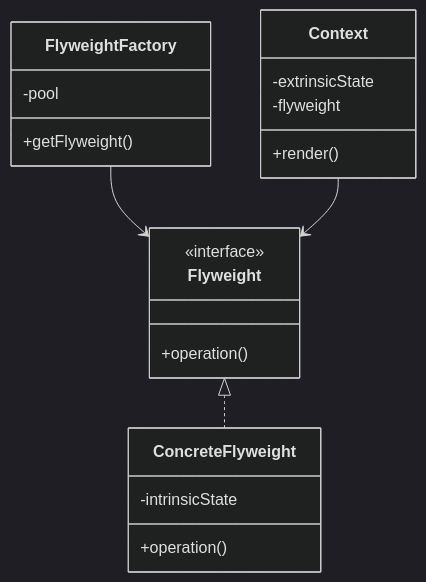
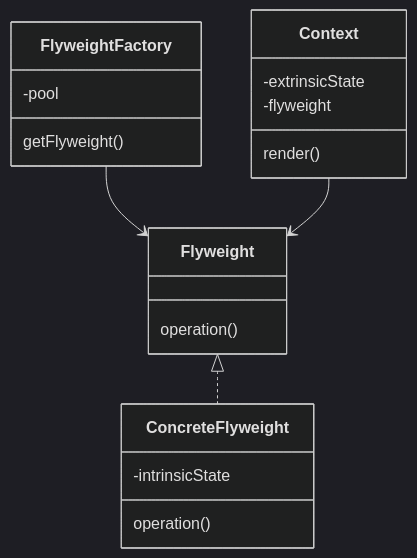
The second of 8 diagrams in src/content/lld-flyweight-design-pattern.md (gojosatoru123-ux/CacheU), drawn with Mermaid (dark theme) before and after one commit. The commit also changed 21 other files, not shown here.

````diff
--- a/src/content/lld-flyweight-design-pattern.md
+++ b/src/content/lld-flyweight-design-pattern.md
@@ -197,27 +197,27 @@
 ```mermaid
 classDiagram
-    class Flyweight {
-        <<interface>>
-        +operation()
-    }
 
-    class ConcreteFlyweight {
-        -intrinsicState
-        +operation()
-    }
+class Flyweight {
+    operation()
+}
 
-    class FlyweightFactory {
-        -pool
-        +getFlyweight()
-    }
+class ConcreteFlyweight {
+    -intrinsicState
+    operation()
+}
 
-    class Context {
-        -extrinsicState
-        -flyweight
-        +render()
-    }
+class FlyweightFactory {
+    -pool
+    getFlyweight()
+}
 
-    Flyweight <|.. ConcreteFlyweight
-    FlyweightFactory --> Flyweight
-    Context --> Flyweight
+class Context {
+    -extrinsicState
+    -flyweight
+    render()
+}
+
+Flyweight <|.. ConcreteFlyweight
+FlyweightFactory --> Flyweight
+Context --> Flyweight
 ```
````
